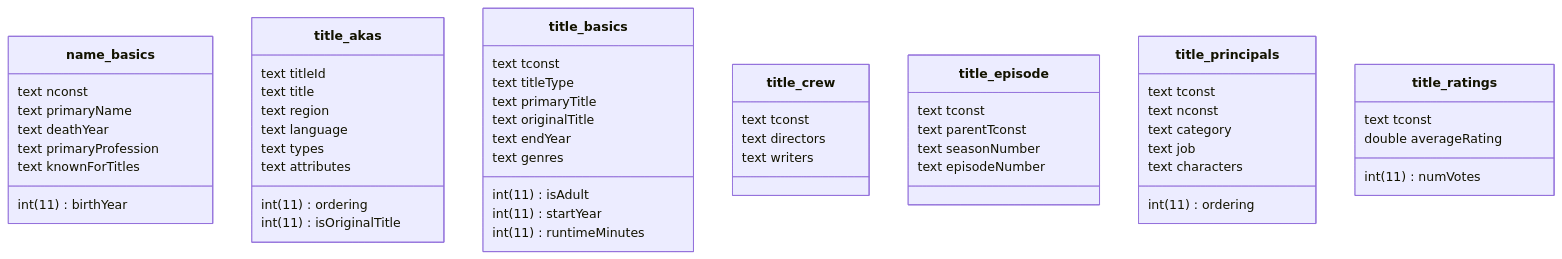
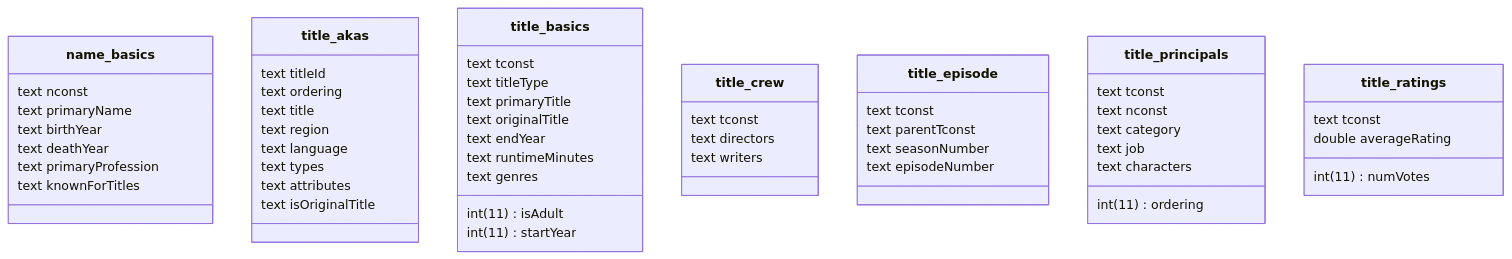
The first of 3 diagrams in dwh_Gruppe1_3.md (albijanmusliu/bi_praktikum), drawn with Mermaid before and after one commit. The commit also changed other lines of this file, not shown here.

````diff
--- a/dwh_Gruppe1_3.md
+++ b/dwh_Gruppe1_3.md
@@ -3,57 +3,57 @@
 ```mermaid
 classDiagram
 direction BT
 class name_basics {
    text nconst
    text primaryName
-   int(11) birthYear
+   text birthYear
    text deathYear
    text primaryProfession
    text knownForTitles
 }
 class title_akas {
    text titleId
-   int(11) ordering
+   text ordering
    text title
    text region
    text language
    text types
    text attributes
-   int(11) isOriginalTitle
+   text isOriginalTitle
 }
 class title_basics {
    text tconst
    text titleType
    text primaryTitle
    text originalTitle
    int(11) isAdult
    int(11) startYear
    text endYear
-   int(11) runtimeMinutes
+   text runtimeMinutes
    text genres
 }
 class title_crew {
    text tconst
    text directors
    text writers
 }
 class title_episode {
    text tconst
    text parentTconst
    text seasonNumber
    text episodeNumber
 }
 class title_principals {
    text tconst
    int(11) ordering
    text nconst
    text category
    text job
    text characters
 }
 class title_ratings {
    text tconst
    double averageRating
    int(11) numVotes
 }
 ```
````
